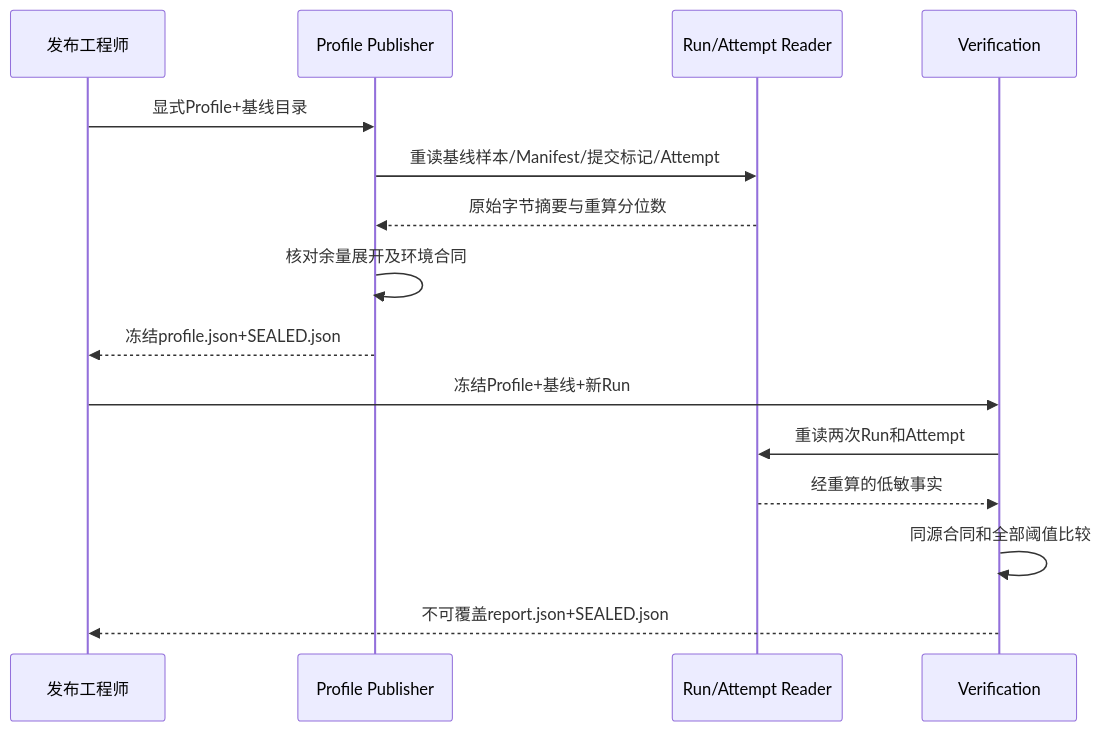
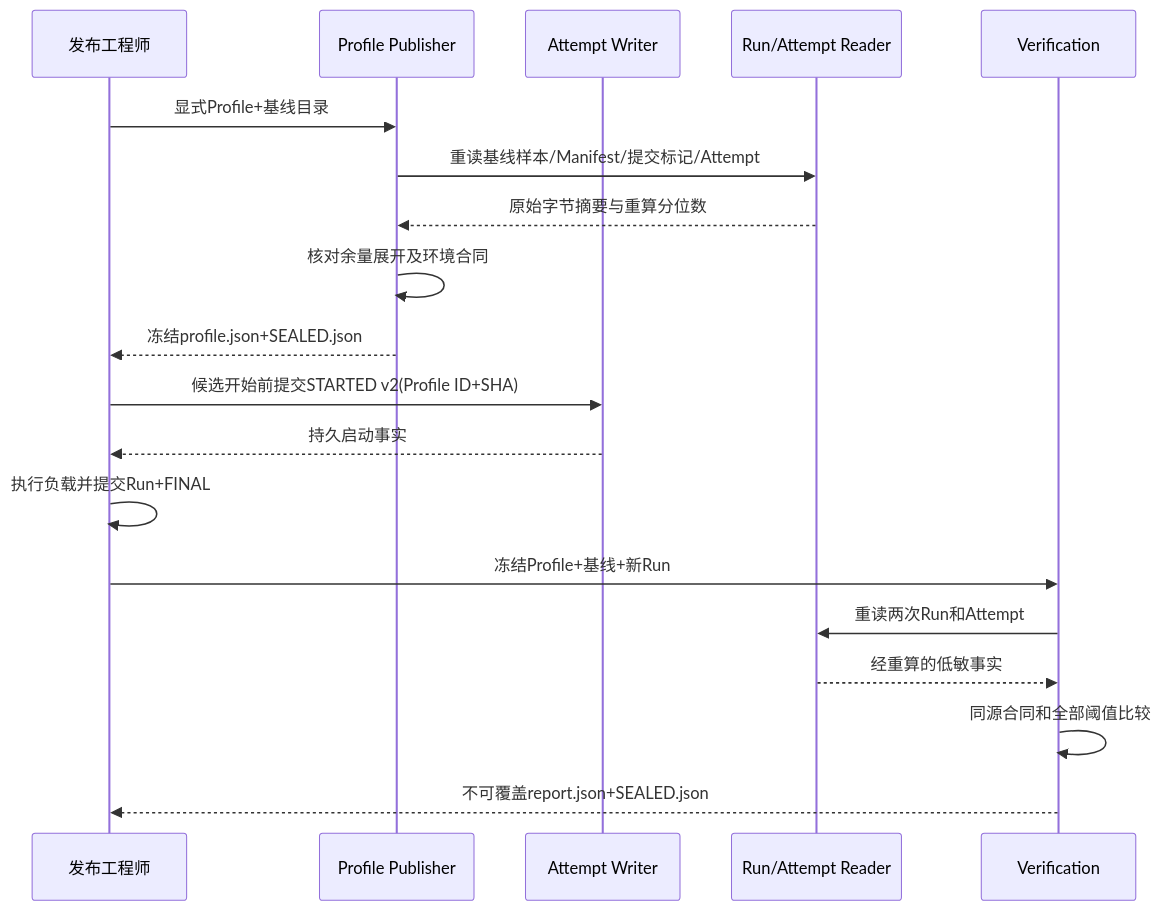
Before and after one commit to carrie1988/Harnessix: the second of 2 diagrams in docs/changes/m09-3d-threshold-verification.md, drawn with Mermaid. The commit also changed other lines of this file and 3 other files, not shown here.

````diff
--- a/docs/changes/m09-3d-threshold-verification.md
+++ b/docs/changes/m09-3d-threshold-verification.md
@@ -66,17 +67,21 @@
 ```mermaid
 sequenceDiagram
     participant E as 发布工程师
     participant P as Profile Publisher
+    participant A as Attempt Writer
     participant R as Run/Attempt Reader
     participant V as Verification
     E->>P: 显式Profile+基线目录
     P->>R: 重读基线样本/Manifest/提交标记/Attempt
     R-->>P: 原始字节摘要与重算分位数
     P->>P: 核对余量展开及环境合同
     P-->>E: 冻结profile.json+SEALED.json
+    E->>A: 候选开始前提交STARTED v2(Profile ID+SHA)
+    A-->>E: 持久启动事实
+    E->>E: 执行负载并提交Run+FINAL
     E->>V: 冻结Profile+基线+新Run
     V->>R: 重读两次Run和Attempt
     R-->>V: 经重算的低敏事实
     V->>V: 同源合同和全部阈值比较
     V-->>E: 不可覆盖report.json+SEALED.json
 ```
````
